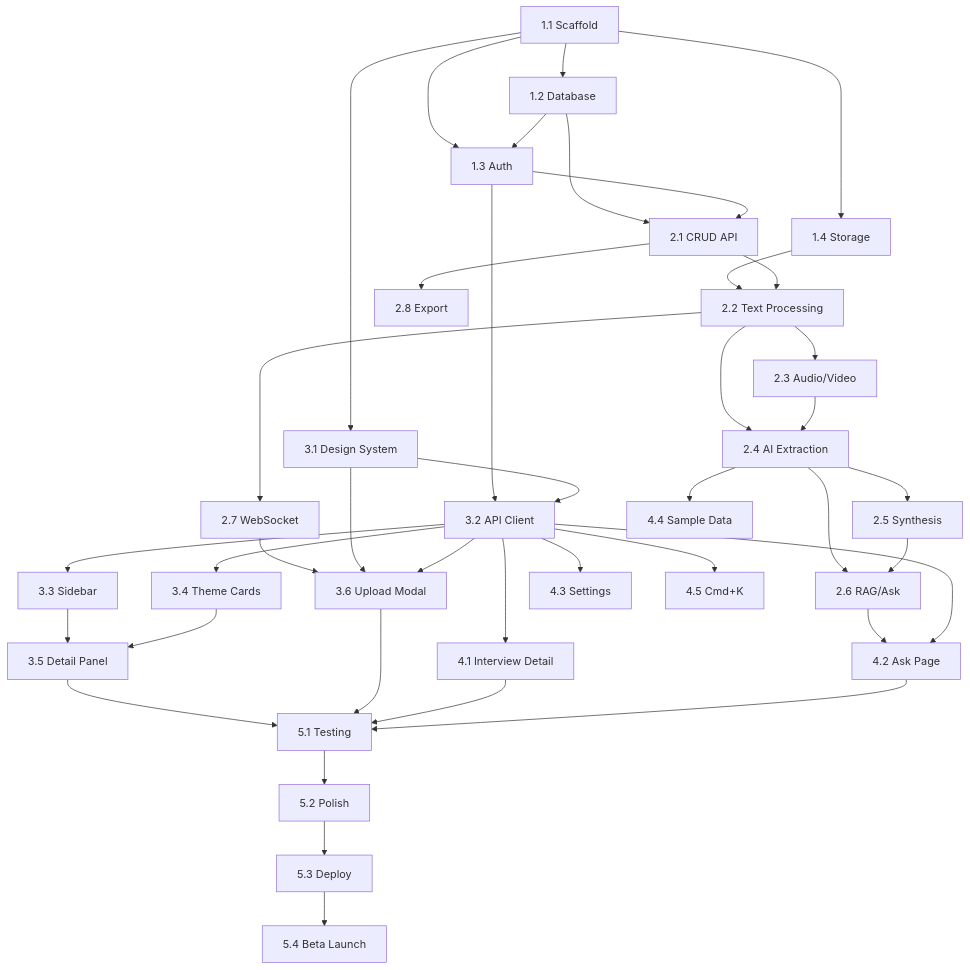
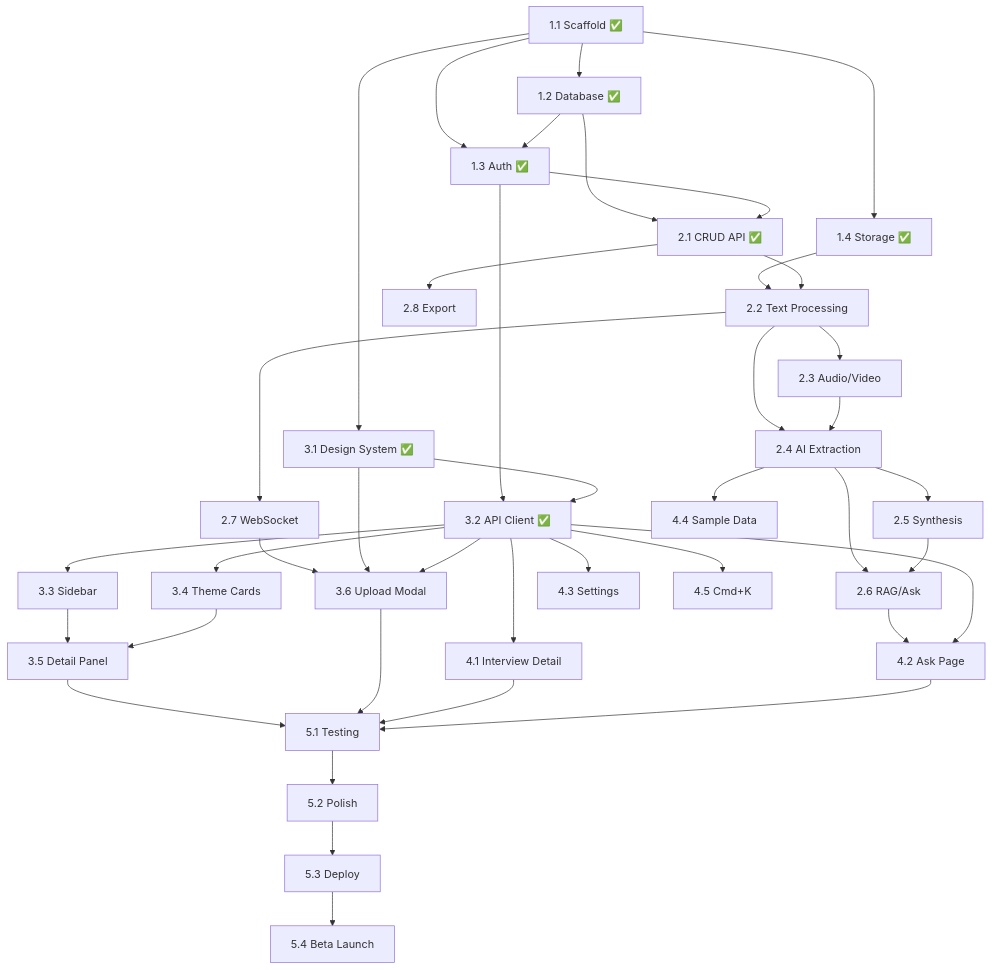
One commit to deepjyoti31/spec10x changed the diagram in Documentation/CTO/project_tracker_v0.1.md. Above: the diagram before and after it, drawn with Mermaid. The commit also changed other lines of this file and 55 other files, not shown here.

````diff
--- a/Documentation/CTO/project_tracker_v0.1.md
+++ b/Documentation/CTO/project_tracker_v0.1.md
@@ -509,45 +568,45 @@
 ```mermaid
 graph TD
-    A[1.1 Scaffold] --> B[1.2 Database]
-    A --> C[1.3 Auth]
-    A --> D[1.4 Storage]
+    A[1.1 Scaffold ✅] --> B[1.2 Database ✅]
+    A --> C[1.3 Auth ✅]
+    A --> D[1.4 Storage ✅]
     B --> C
-    B --> E[2.1 CRUD API]
+    B --> E[2.1 CRUD API ✅]
     C --> E
     D --> F[2.2 Text Processing]
     E --> F
     F --> G[2.3 Audio/Video]
     F --> H[2.4 AI Extraction]
     G --> H
     H --> I[2.5 Synthesis]
     H --> J[2.6 RAG/Ask]
     I --> J
     F --> K[2.7 WebSocket]
     E --> L[2.8 Export]
 
-    A --> M[3.1 Design System]
-    C --> N[3.2 API Client]
+    A --> M[3.1 Design System ✅]
+    C --> N[3.2 API Client ✅]
     M --> N
     N --> O[3.3 Sidebar]
     N --> P[3.4 Theme Cards]
     O --> Q[3.5 Detail Panel]
     P --> Q
     K --> R[3.6 Upload Modal]
     M --> R
     N --> R
 
     N --> S[4.1 Interview Detail]
     J --> T[4.2 Ask Page]
     N --> T
     N --> U[4.3 Settings]
     H --> V[4.4 Sample Data]
     N --> W[4.5 Cmd+K]
 
     Q --> X[5.1 Testing]
     R --> X
     S --> X
     T --> X
     X --> Y[5.2 Polish]
     Y --> Z[5.3 Deploy]
     Z --> AA[5.4 Beta Launch]
 ```
````
